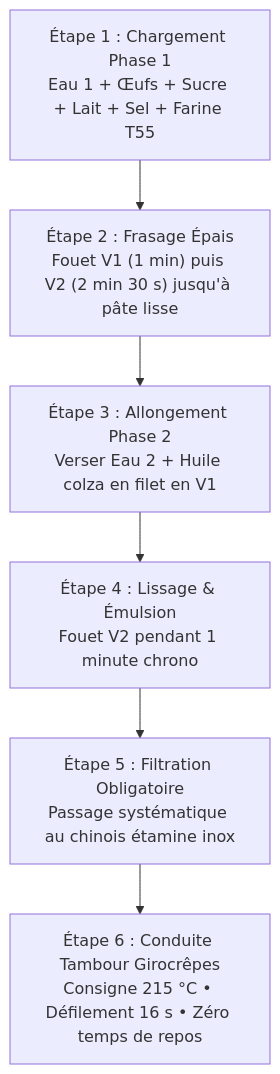
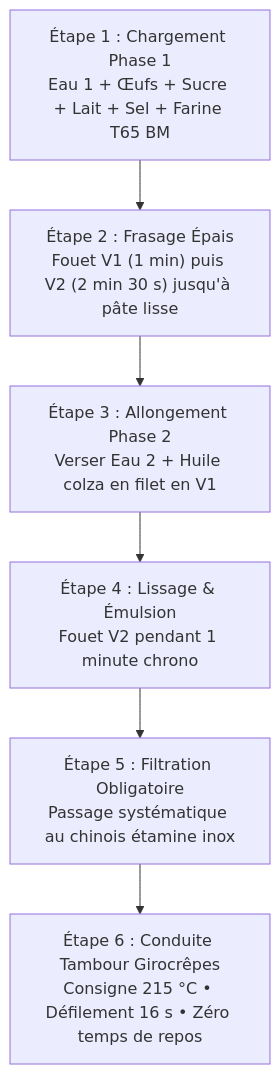
The diagram in recettes/catalogue/crepes-froment-girocrepes.md (jri561/laboratoire-tourage-boulangerie), drawn with Mermaid before and after one commit. The commit also changed other lines of this file and 17 other files, not shown here.

````diff
--- a/recettes/catalogue/crepes-froment-girocrepes.md
+++ b/recettes/catalogue/crepes-froment-girocrepes.md
@@ -66,8 +66,8 @@
 ```mermaid
 flowchart TD
-    A["Étape 1 : Chargement Phase 1<br>Eau 1 + Œufs + Sucre + Lait + Sel + Farine T55"] --> B["Étape 2 : Frasage Épais<br>Fouet V1 (1 min) puis V2 (2 min 30 s) jusqu'à pâte lisse"]
+    A["Étape 1 : Chargement Phase 1<br>Eau 1 + Œufs + Sucre + Lait + Sel + Farine T65 BM"] --> B["Étape 2 : Frasage Épais<br>Fouet V1 (1 min) puis V2 (2 min 30 s) jusqu'à pâte lisse"]
     B --> C["Étape 3 : Allongement Phase 2<br>Verser Eau 2 + Huile colza en filet en V1"]
     C --> D["Étape 4 : Lissage & Émulsion<br>Fouet V2 pendant 1 minute chrono"]
     D --> E["Étape 5 : Filtration Obligatoire<br>Passage systématique au chinois étamine inox"]
     E --> F["Étape 6 : Conduite Tambour Girocrêpes<br>Consigne 215 °C • Défilement 16 s • Zéro temps de repos"]
 ```
````
